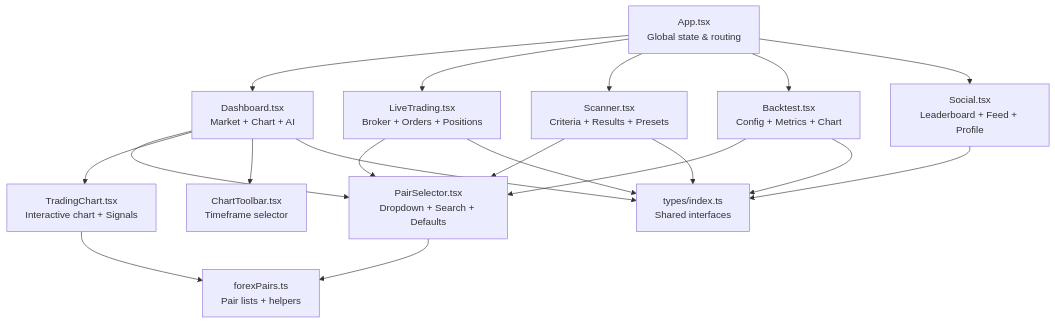
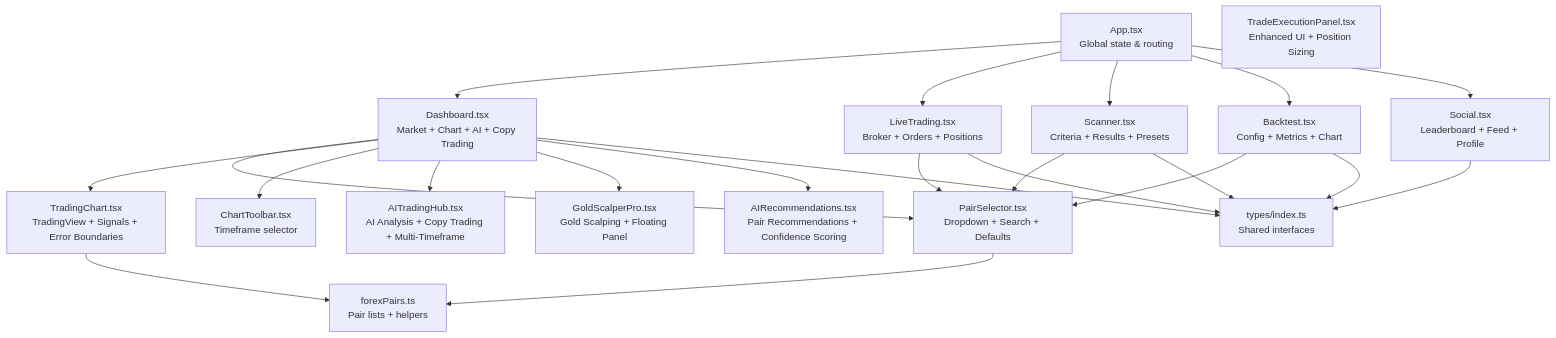
The second of 15 diagrams in .qoder/repowiki/en/content/Project Overview/Core Features/Frontend Components.md (cavraeg-eng/Trading-App), drawn with Mermaid before and after one commit. The commit also changed other lines of this file and 138 other files, not shown here.

First line of the commit message:
feat(LiveTrading): add MT5-style chart overlay for entry/SL/TP levels

````diff
--- a/.qoder/repowiki/en/content/Project Overview/Core Features/Frontend Components.md
+++ b/.qoder/repowiki/en/content/Project Overview/Core Features/Frontend Components.md
@@ -150,32 +183,39 @@
 ```mermaid
 graph TB
 APP["App.tsx<br/>Global state & routing"]
-DASH["Dashboard.tsx<br/>Market + Chart + AI"]
+DASH["Dashboard.tsx<br/>Market + Chart + AI + Copy Trading"]
 LIVE["LiveTrading.tsx<br/>Broker + Orders + Positions"]
 SCAN["Scanner.tsx<br/>Criteria + Results + Presets"]
 BACKTEST["Backtest.tsx<br/>Config + Metrics + Chart"]
 SOCIAL["Social.tsx<br/>Leaderboard + Feed + Profile"]
 PAIRSEL["PairSelector.tsx<br/>Dropdown + Search + Defaults"]
-TRADINGCHART["TradingChart.tsx<br/>Interactive chart + Signals"]
+TRADINGCHART["TradingChart.tsx<br/>TradingView + Signals + Error Boundaries"]
 CHARTTOOLBAR["ChartToolbar.tsx<br/>Timeframe selector"]
+AITRADINGHUB["AITradingHub.tsx<br/>AI Analysis + Copy Trading + Multi-Timeframe"]
+GOLDSCALPER["GoldScalperPro.tsx<br/>Gold Scalping + Floating Panel"]
+TRADEEXECUTION["TradeExecutionPanel.tsx<br/>Enhanced UI + Position Sizing"]
+AIRecommendations["AIRecommendations.tsx<br/>Pair Recommendations + Confidence Scoring"]
 FXP["forexPairs.ts<br/>Pair lists + helpers"]
 TYPES["types/index.ts<br/>Shared interfaces"]
 APP --> DASH
 APP --> LIVE
 APP --> SCAN
 APP --> BACKTEST
 APP --> SOCIAL
 DASH --> PAIRSEL
 DASH --> TRADINGCHART
 DASH --> CHARTTOOLBAR
+DASH --> AITRADINGHUB
+DASH --> GOLDSCALPER
+DASH --> AIRecommendations
 LIVE --> PAIRSEL
 SCAN --> PAIRSEL
 BACKTEST --> PAIRSEL
 PAIRSEL --> FXP
 TRADINGCHART --> FXP
 DASH --> TYPES
 LIVE --> TYPES
 SCAN --> TYPES
 BACKTEST --> TYPES
 SOCIAL --> TYPES
 ```
````
